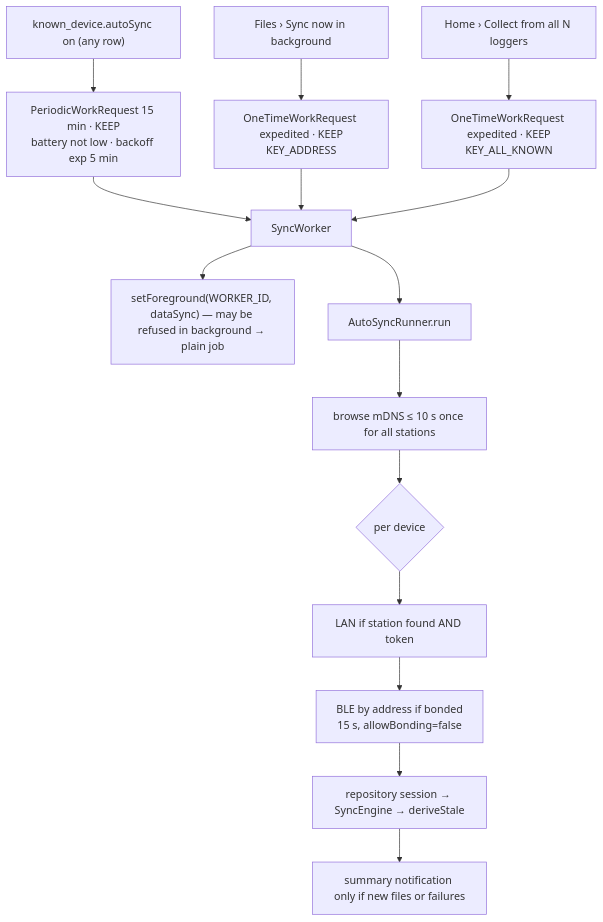
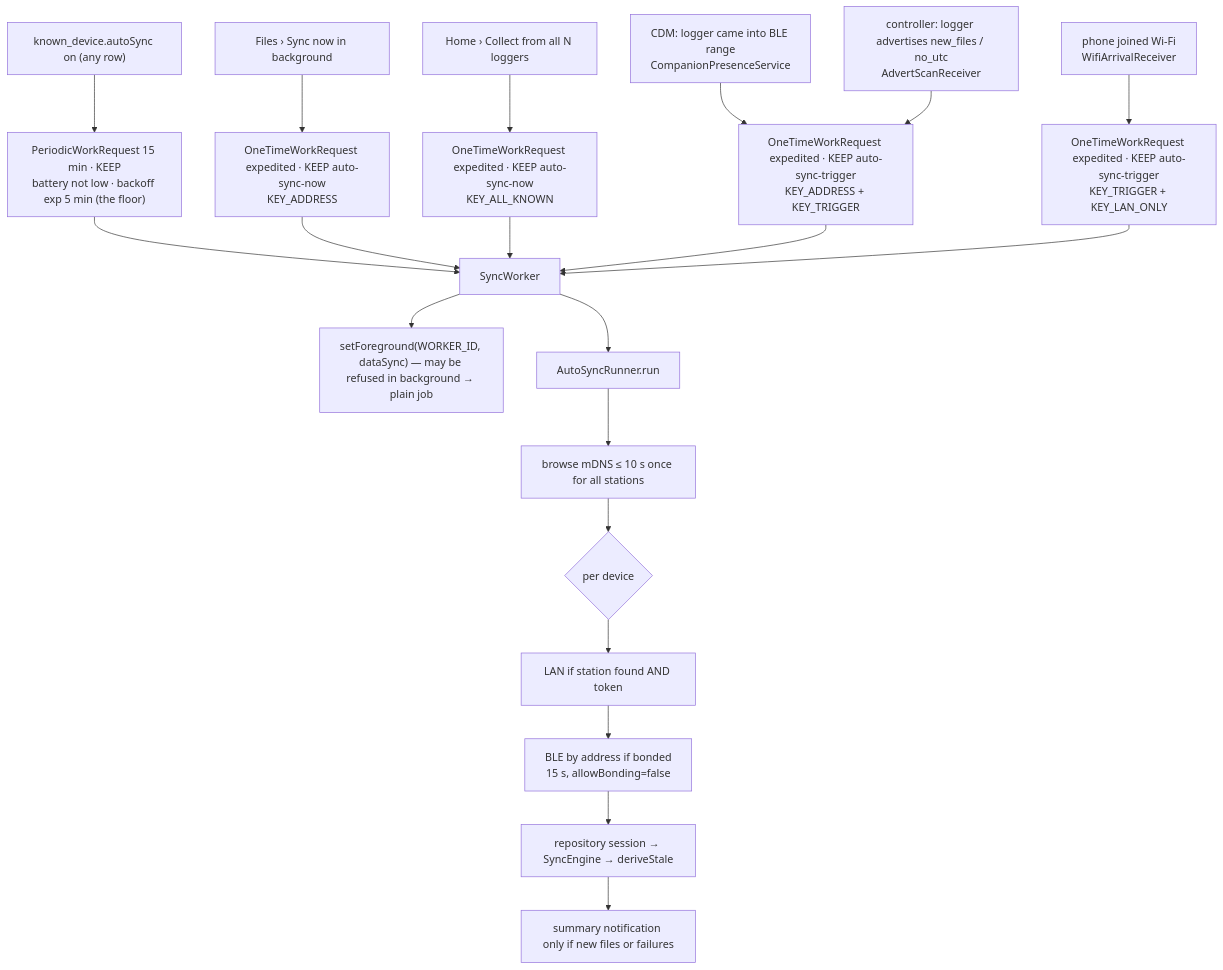
The diagram in docs/background-sync.md (walkthru-earth/opensensor-space-mobile), drawn with Mermaid before and after one commit. The commit also changed other lines of this file and 7 other files, not shown here.

Commit message:
docs: triggers in the start-graph, permissions table, status/README counts (151), screens, architecture, router; remove pre-trigger wording

````diff
--- a/docs/background-sync.md
+++ b/docs/background-sync.md
@@ -17,16 +17,21 @@
 ```mermaid
 flowchart TD
-  SW["known_device.autoSync on (any row)"] --> P["PeriodicWorkRequest 15 min · KEEP<br/>battery not low · backoff exp 5 min"]
-  M1["Files › Sync now in background"] --> O1["OneTimeWorkRequest expedited · KEEP<br/>KEY_ADDRESS"]
-  M2["Home › Collect from all N loggers"] --> O2["OneTimeWorkRequest expedited · KEEP<br/>KEY_ALL_KNOWN"]
+  SW["known_device.autoSync on (any row)"] --> P["PeriodicWorkRequest 15 min · KEEP<br/>battery not low · backoff exp 5 min (the floor)"]
+  M1["Files › Sync now in background"] --> O1["OneTimeWorkRequest expedited · KEEP auto-sync-now<br/>KEY_ADDRESS"]
+  M2["Home › Collect from all N loggers"] --> O2["OneTimeWorkRequest expedited · KEEP auto-sync-now<br/>KEY_ALL_KNOWN"]
+  T1["CDM: logger came into BLE range<br/>CompanionPresenceService"] --> O3["OneTimeWorkRequest expedited · KEEP auto-sync-trigger<br/>KEY_ADDRESS + KEY_TRIGGER"]
+  T2["controller: logger advertises new_files / no_utc<br/>AdvertScanReceiver"] --> O3
+  T3["phone joined Wi-Fi<br/>WifiArrivalReceiver"] --> O4["OneTimeWorkRequest expedited · KEEP auto-sync-trigger<br/>KEY_TRIGGER + KEY_LAN_ONLY"]
   P --> W[SyncWorker]
   O1 --> W
   O2 --> W
+  O3 --> W
+  O4 --> W
   W --> F["setForeground(WORKER_ID, dataSync) — may be refused in background → plain job"]
   W --> R[AutoSyncRunner.run]
   R --> L["browse mDNS ≤ 10 s once for all stations"]
   L --> D{per device}
   D --> LAN["LAN if station found AND token"] --> BLE["BLE by address if bonded<br/>15 s, allowBonding=false"]
   BLE --> S[repository session → SyncEngine → deriveStale]
   S --> N["summary notification only if new files or failures"]
 ```
````
